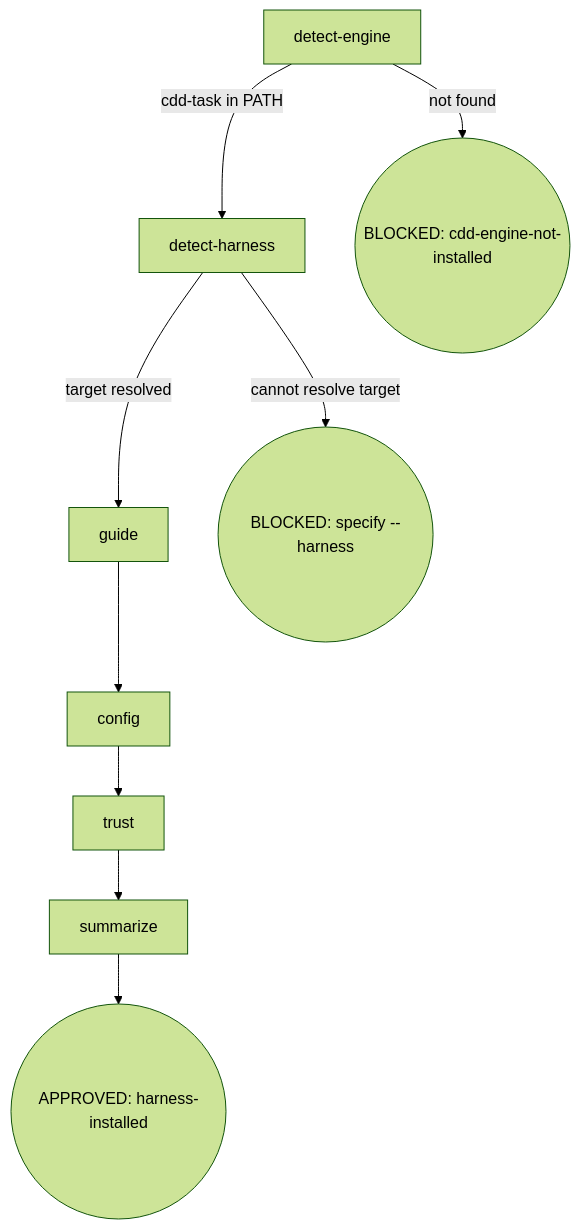
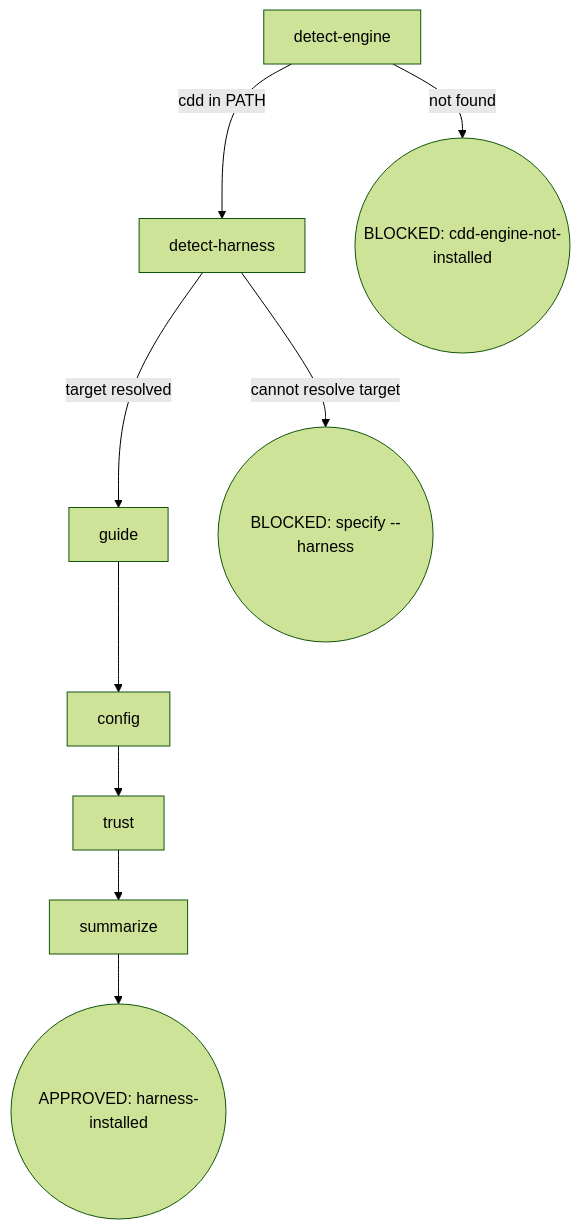
Before and after one commit to Oscaner/skills: the diagram in packages/osuperpowers/skills/init/harness.md, drawn with Mermaid (forest theme). The commit also changed other lines of this file and 53 other files, not shown here.

Commit message:
refactor(cdd-engine): 五旧 bin 移除 — 引擎/CI/测试全部走 cdd（smoke 4 命令链 + link-cdd-engine）

````diff
--- a/packages/osuperpowers/skills/init/harness.md
+++ b/packages/osuperpowers/skills/init/harness.md
@@ -9,11 +9,11 @@
 ```mermaid
 flowchart TD
-  A[detect-engine] -->|cdd-task in PATH| D[detect-harness]
+  A[detect-engine] -->|cdd in PATH| D[detect-harness]
   A -->|not found| W((BLOCKED: cdd-engine-not-installed))
   D -->|target resolved| B[guide]
   D -->|cannot resolve target| X((BLOCKED: specify --harness))
   B --> C[config]
   C --> T[trust]
   T --> E[summarize]
   E --> F((APPROVED: harness-installed))
 ```
````
